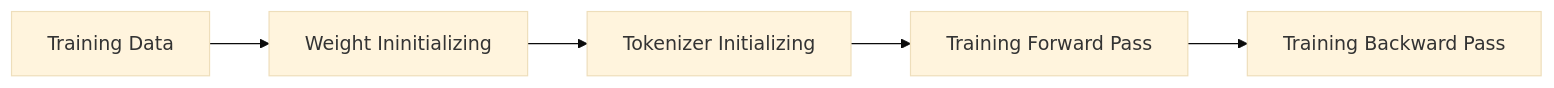
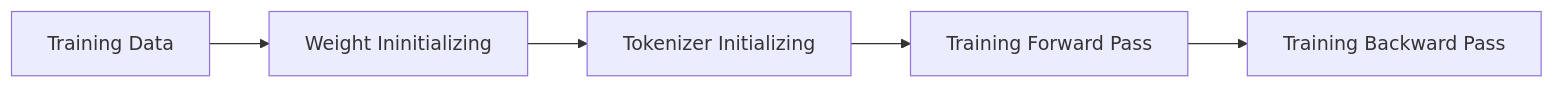
Before and after one commit to ChrisZhu2050/chriszhu2050.github.io: the first of 2 diagrams in README.md, drawn with Mermaid. The commit also changed 1 other file, not shown here.

````diff
--- a/README.md
+++ b/README.md
@@ -14,5 +14,5 @@
 ```mermaid
-%%{init: {'theme':'base'}}%%
+%%{init: {'theme':'base', 'themeVariables': {primaryColor: "#ffffff",primaryTextColor: "#000000",primaryBorderColor: "#000000",lineColor: "#000000",secondaryColor:"#ffffff",tertiaryColor: "#ffffff"} }}%%
 graph LR
     A[Training Data] --> B[Weight Ininitializing] --> C[Tokenizer Initializing] --> D[Training Forward Pass] --> E[Training Backward Pass]
 ```
````
